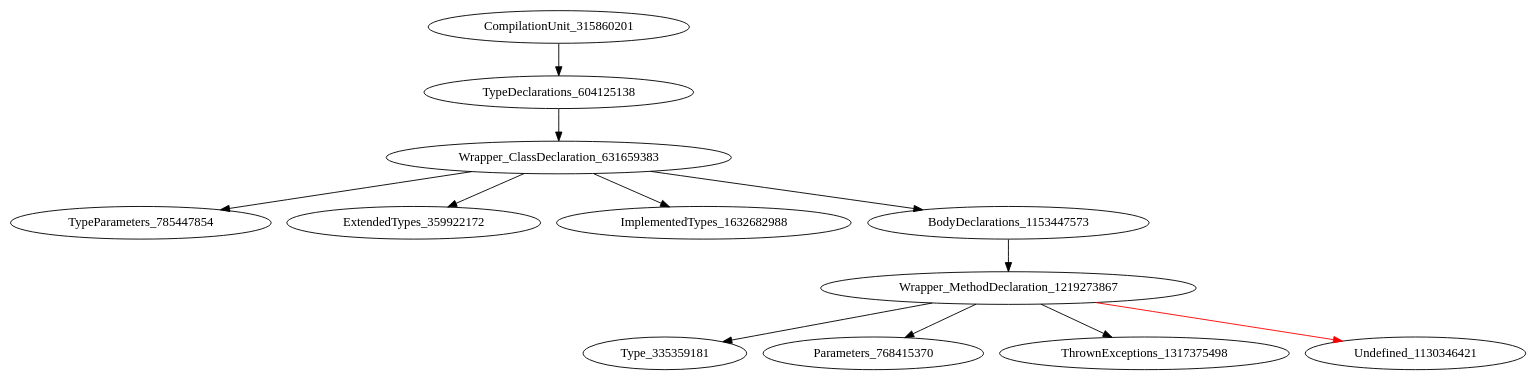
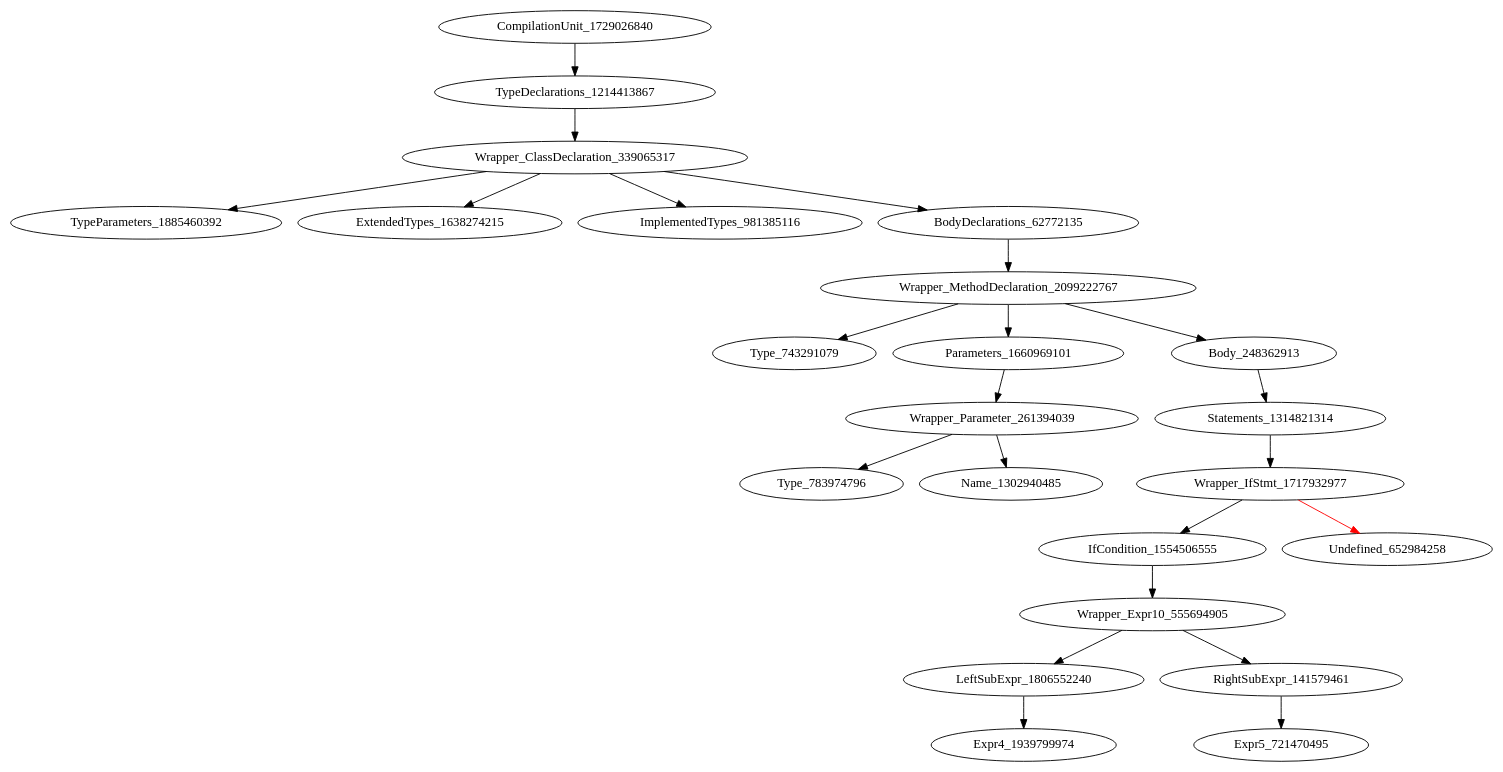
Before and after one commit to icse2023material/VoiceJava: the diagram in holeAST.dot, drawn with Graphviz. The commit also changed 5 other files, not shown here.

```diff
--- a/holeAST.dot
+++ b/holeAST.dot
@@ -1,13 +1,24 @@
 digraph {
-CompilationUnit_315860201 -> TypeDeclarations_604125138
-TypeDeclarations_604125138 -> Wrapper_ClassDeclaration_631659383
-Wrapper_ClassDeclaration_631659383 -> TypeParameters_785447854
-Wrapper_ClassDeclaration_631659383 -> ExtendedTypes_359922172
-Wrapper_ClassDeclaration_631659383 -> ImplementedTypes_1632682988
-Wrapper_ClassDeclaration_631659383 -> BodyDeclarations_1153447573
-BodyDeclarations_1153447573 -> Wrapper_MethodDeclaration_1219273867
-Wrapper_MethodDeclaration_1219273867 -> Type_335359181
-Wrapper_MethodDeclaration_1219273867 -> Parameters_768415370
-Wrapper_MethodDeclaration_1219273867 -> ThrownExceptions_1317375498
-Wrapper_MethodDeclaration_1219273867 -> Undefined_1130346421 [color = red] 
+CompilationUnit_1729026840 -> TypeDeclarations_1214413867
+TypeDeclarations_1214413867 -> Wrapper_ClassDeclaration_339065317
+Wrapper_ClassDeclaration_339065317 -> TypeParameters_1885460392
+Wrapper_ClassDeclaration_339065317 -> ExtendedTypes_1638274215
+Wrapper_ClassDeclaration_339065317 -> ImplementedTypes_981385116
+Wrapper_ClassDeclaration_339065317 -> BodyDeclarations_62772135
+BodyDeclarations_62772135 -> Wrapper_MethodDeclaration_2099222767
+Wrapper_MethodDeclaration_2099222767 -> Type_743291079
+Wrapper_MethodDeclaration_2099222767 -> Parameters_1660969101
+Wrapper_MethodDeclaration_2099222767 -> Body_248362913
+Parameters_1660969101 -> Wrapper_Parameter_261394039
+Body_248362913 -> Statements_1314821314
+Wrapper_Parameter_261394039 -> Type_783974796
+Wrapper_Parameter_261394039 -> Name_1302940485
+Statements_1314821314 -> Wrapper_IfStmt_1717932977
+Wrapper_IfStmt_1717932977 -> IfCondition_1554506555
+Wrapper_IfStmt_1717932977 -> Undefined_652984258 [color = red] 
+IfCondition_1554506555 -> Wrapper_Expr10_555694905
+Wrapper_Expr10_555694905 -> LeftSubExpr_1806552240
+Wrapper_Expr10_555694905 -> RightSubExpr_141579461
+LeftSubExpr_1806552240 -> Expr4_1939799974
+RightSubExpr_141579461 -> Expr5_721470495
 }
```
